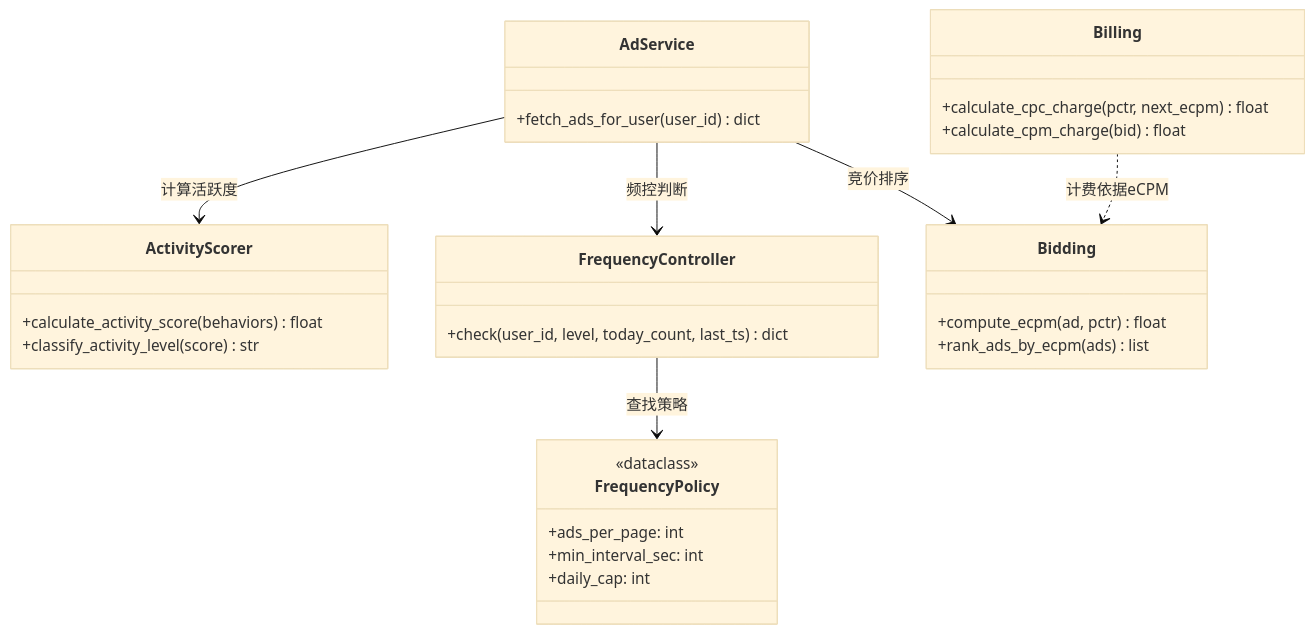
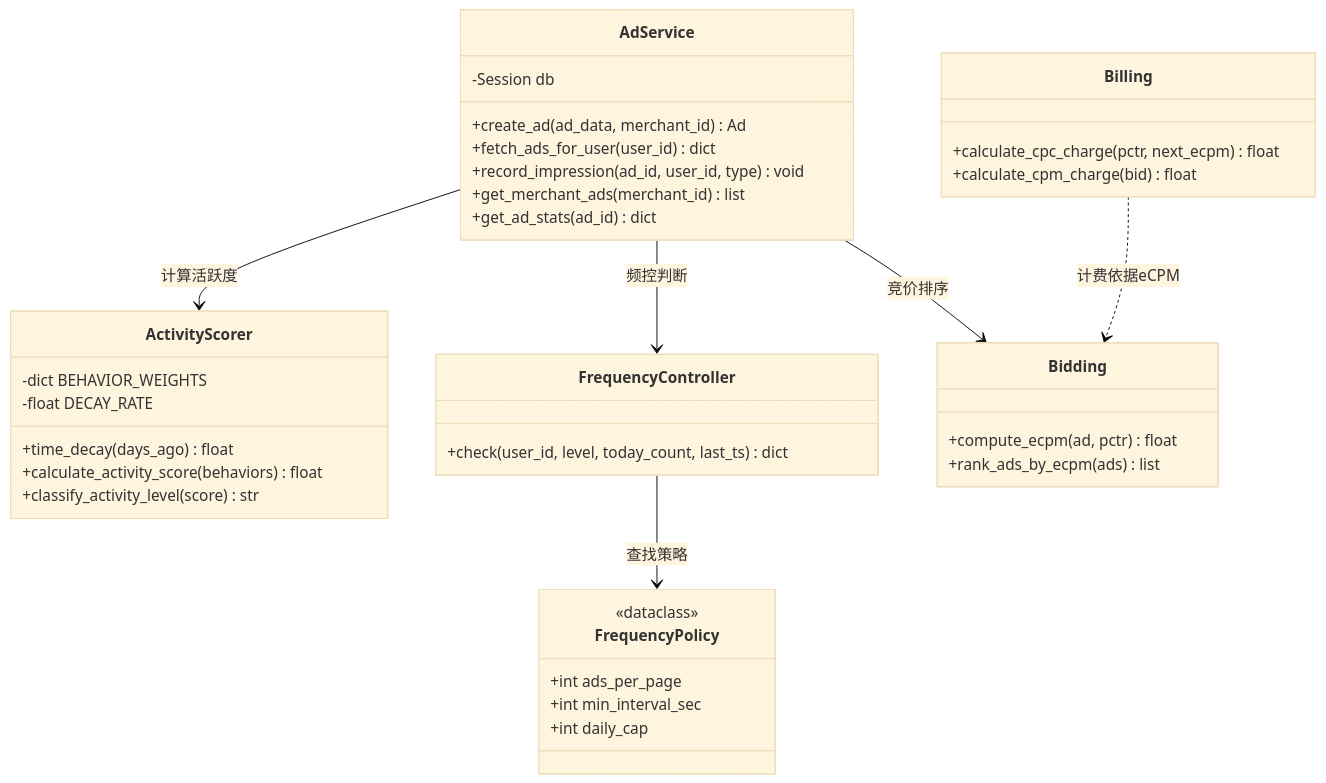
One commit to kun041011/ecommerce-ad-recommendation-system changed diagram 11 of 13 in docs/figures.md. Above: the diagram before and after it, drawn with Mermaid (base theme). The commit also changed other lines of this file, not shown here.

First line of the commit message:
docs: add member variables to class diagrams 5-2 and 5-4

````diff
--- a/docs/figures.md
+++ b/docs/figures.md
@@ -242,32 +265,40 @@
 ```mermaid
 classDiagram
     class AdService {
+        -Session db
+        +create_ad(ad_data, merchant_id) Ad
         +fetch_ads_for_user(user_id) dict
+        +record_impression(ad_id, user_id, type) void
+        +get_merchant_ads(merchant_id) list
+        +get_ad_stats(ad_id) dict
     }
     class ActivityScorer {
+        -dict BEHAVIOR_WEIGHTS
+        -float DECAY_RATE
+        +time_decay(days_ago) float
         +calculate_activity_score(behaviors) float
         +classify_activity_level(score) str
     }
     class FrequencyController {
         +check(user_id, level, today_count, last_ts) dict
     }
     class FrequencyPolicy {
         <<dataclass>>
-        +ads_per_page: int
-        +min_interval_sec: int
-        +daily_cap: int
+        +int ads_per_page
+        +int min_interval_sec
+        +int daily_cap
     }
     class Bidding {
         +compute_ecpm(ad, pctr) float
         +rank_ads_by_ecpm(ads) list
     }
     class Billing {
         +calculate_cpc_charge(pctr, next_ecpm) float
         +calculate_cpm_charge(bid) float
     }
     AdService --> ActivityScorer : 计算活跃度
     AdService --> FrequencyController : 频控判断
     AdService --> Bidding : 竞价排序
     FrequencyController --> FrequencyPolicy : 查找策略
     Billing ..> Bidding : 计费依据eCPM
 ```
````
